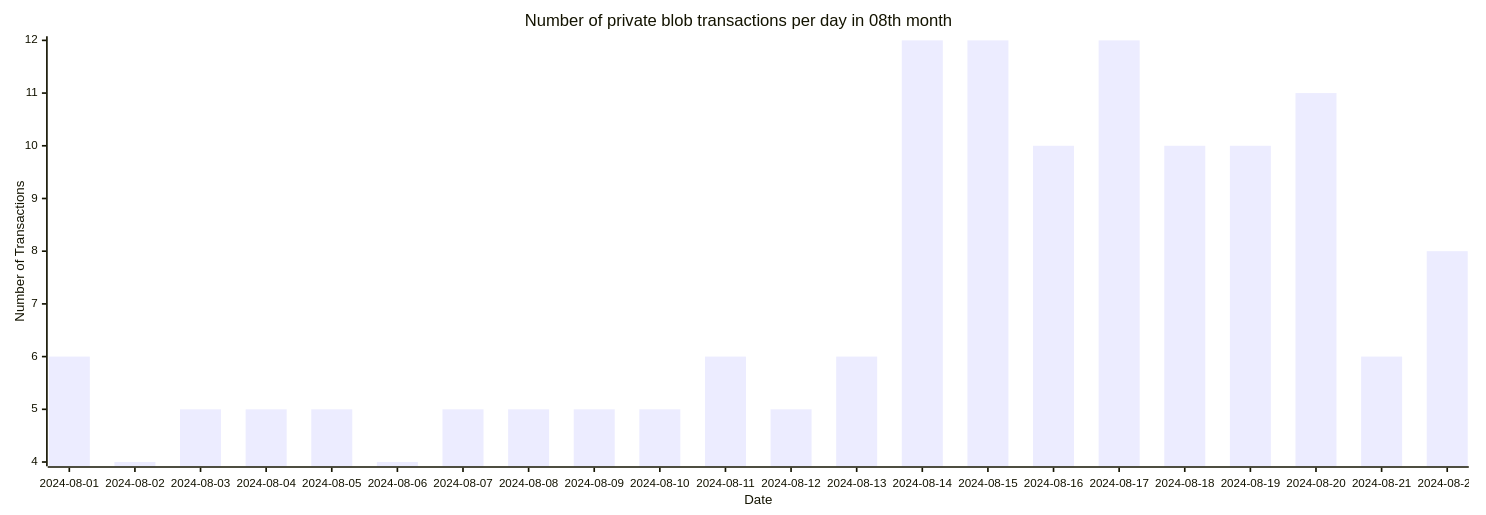
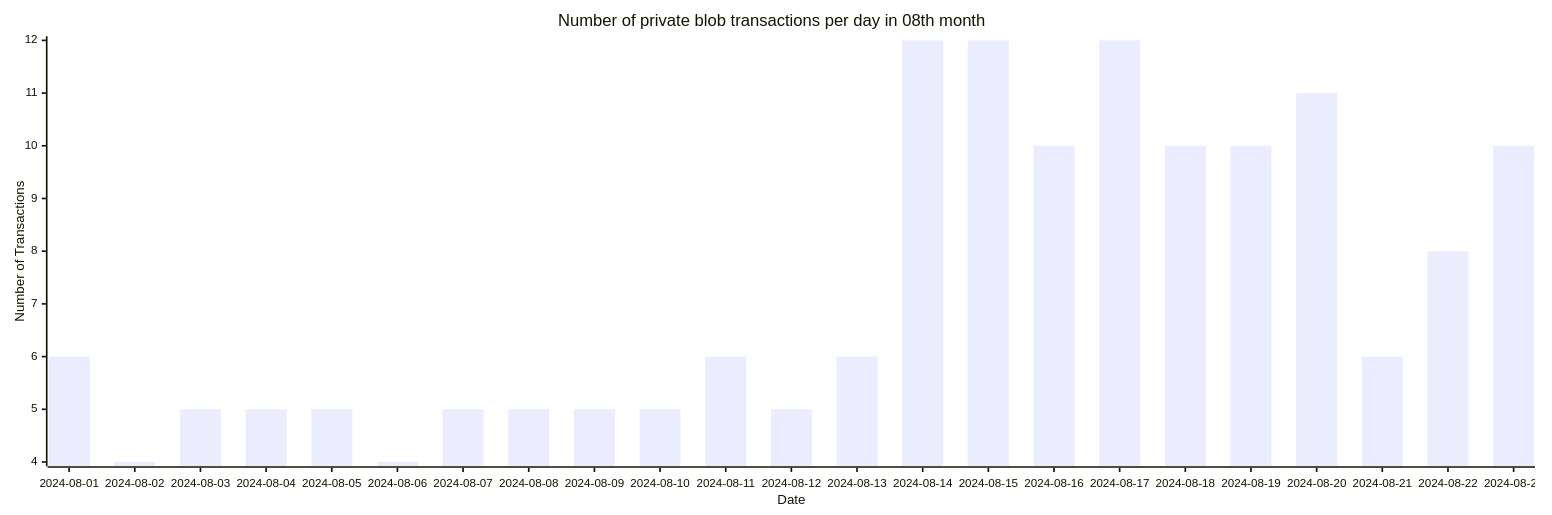
One commit to Amit0617/eip4844-data changed the sixth of 6 diagrams in README.md. Above: the diagram before and after it, drawn with Mermaid. The commit also changed 1 other file, not shown here.

````diff
--- a/README.md
+++ b/README.md
@@ -66,12 +66,12 @@
 ```mermaid
 ---
 config:
     xyChart:
-        width: 1760
+        width: 1840
         height: 600
 ---
 xychart-beta title "Number of private blob transactions per day in 08th month"
-x-axis "Date" [2024-08-01,2024-08-02,2024-08-03,2024-08-04,2024-08-05,2024-08-06,2024-08-07,2024-08-08,2024-08-09,2024-08-10,2024-08-11,2024-08-12,2024-08-13,2024-08-14,2024-08-15,2024-08-16,2024-08-17,2024-08-18,2024-08-19,2024-08-20,2024-08-21,2024-08-22]
+x-axis "Date" [2024-08-01,2024-08-02,2024-08-03,2024-08-04,2024-08-05,2024-08-06,2024-08-07,2024-08-08,2024-08-09,2024-08-10,2024-08-11,2024-08-12,2024-08-13,2024-08-14,2024-08-15,2024-08-16,2024-08-17,2024-08-18,2024-08-19,2024-08-20,2024-08-21,2024-08-22,2024-08-23]
 y-axis "Number of Transactions"
-bar[6,4,5,5,5,4,5,5,5,5,6,5,6,12,12,10,12,10,10,11,6,8]
+bar[6,4,5,5,5,4,5,5,5,5,6,5,6,12,12,10,12,10,10,11,6,8,10]
 ```
````
